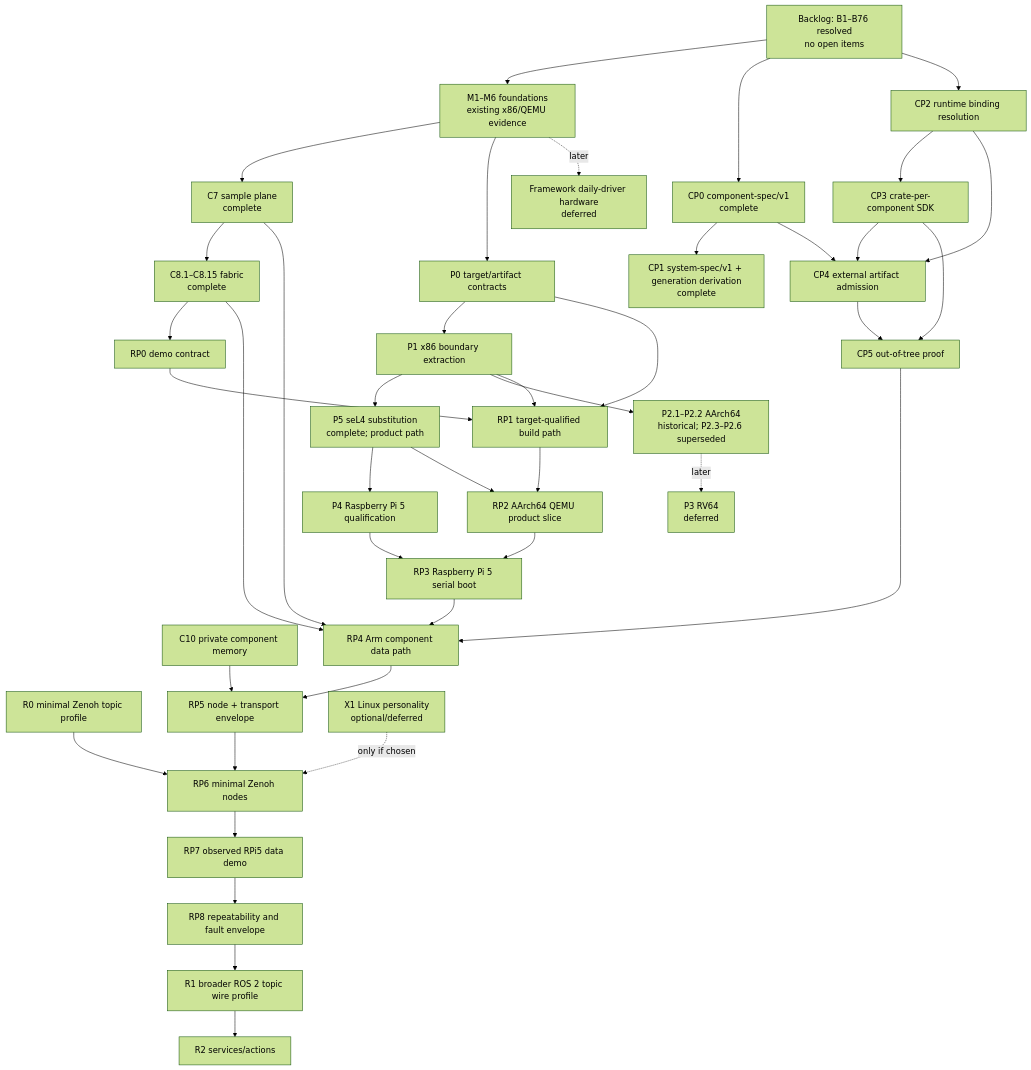
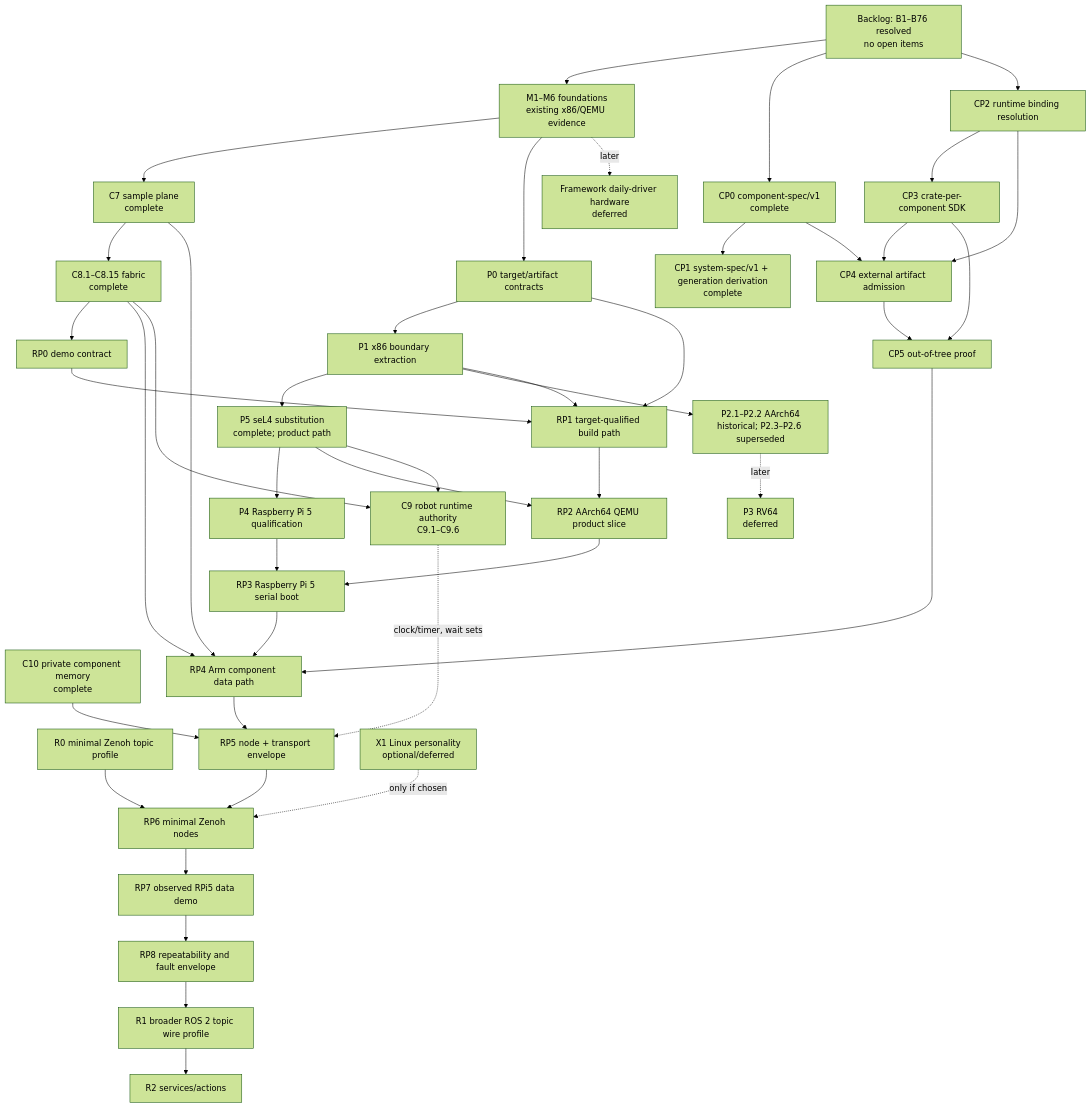
One commit to iceice666/slime_os changed the diagram in roadmap/README.md. Above: the diagram before and after it, drawn with Mermaid (forest theme). The commit also changed other lines of this file and 8 other files, not shown here.

````diff
--- a/roadmap/README.md
+++ b/roadmap/README.md
@@ -45,63 +45,67 @@
 ```mermaid
 flowchart TD
     Backlog["Backlog: B1–B76 resolved\nno open items"]
     Foundations["M1–M6 foundations\nexisting x86/QEMU evidence"]
     C7["C7 sample plane\ncomplete"]
     C8["C8.1–C8.15 fabric\ncomplete"]
     P0["P0 target/artifact contracts"]
     P1["P1 x86 boundary extraction"]
     P2["P2.1–P2.2 AArch64\nhistorical; P2.3–P2.6 superseded"]
     P5["P5 seL4 substitution\ncomplete; product path"]
     P4["P4 Raspberry Pi 5 qualification"]
-    C10["C10 private component memory"]
+    C9["C9 robot runtime authority\nC9.1–C9.6"]
+    C10["C10 private component memory\ncomplete"]
     CP0["CP0 component-spec/v1\ncomplete"]
     CP1["CP1 system-spec/v1 + generation derivation\ncomplete"]
     CP2["CP2 runtime binding resolution"]
     CP3["CP3 crate-per-component SDK"]
     CP4["CP4 external artifact admission"]
     CP5["CP5 out-of-tree proof"]
     R0["R0 minimal Zenoh topic profile"]
     RP0["RP0 demo contract"]
     RP1["RP1 target-qualified build path"]
     RP2["RP2 AArch64 QEMU product slice"]
     RP3["RP3 Raspberry Pi 5 serial boot"]
     RP4["RP4 Arm component data path"]
     RP5["RP5 node + transport envelope"]
     RP6["RP6 minimal Zenoh nodes"]
     RP7["RP7 observed RPi5 data demo"]
     RP8["RP8 repeatability and fault envelope"]
     R1["R1 broader ROS 2 topic wire profile"]
     R2["R2 services/actions"]
     Framework["Framework daily-driver hardware\ndeferred"]
     RV64["P3 RV64\ndeferred"]
     X1["X1 Linux personality\noptional/deferred"]
 
     Backlog --> Foundations
     Foundations --> C7 --> C8
     Foundations --> P0 --> P1 --> P5 --> P4
     P1 --> P2
     C8 --> RP0
     P0 --> RP1
     P1 --> RP1
     RP0 --> RP1 --> RP2 --> RP3 --> RP4 --> RP5 --> RP6 --> RP7 --> RP8
     P5 --> RP2
     P4 --> RP3
     C7 --> RP4
     C8 --> RP4
     Backlog --> CP0
     Backlog --> CP2
     CP0 --> CP1
     CP2 --> CP3
     CP0 --> CP4
     CP2 --> CP4
     CP3 --> CP4
     CP3 --> CP5
     CP4 --> CP5
     CP5 --> RP4
+    C8 --> C9
+    P5 --> C9
     C10 --> RP5
+    C9 -.->|clock/timer, wait sets| RP5
     R0 --> RP6
     X1 -.->|only if chosen| RP6
     RP8 --> R1 --> R2
     P2 -.->|later| RV64
     Foundations -.->|later| Framework
 ```
````
